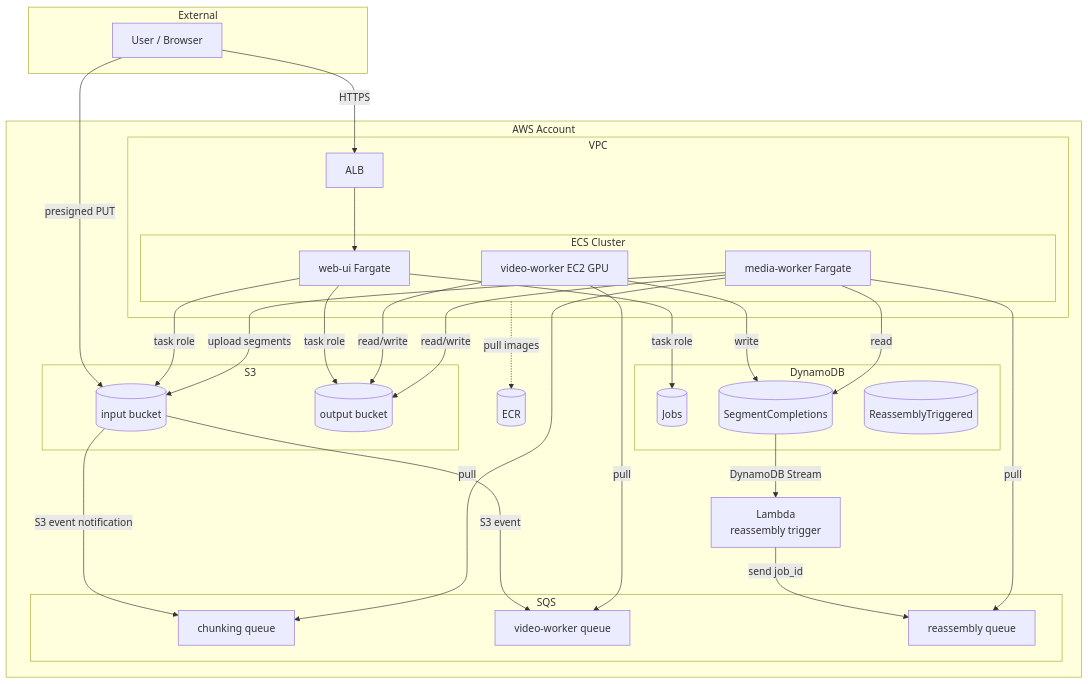
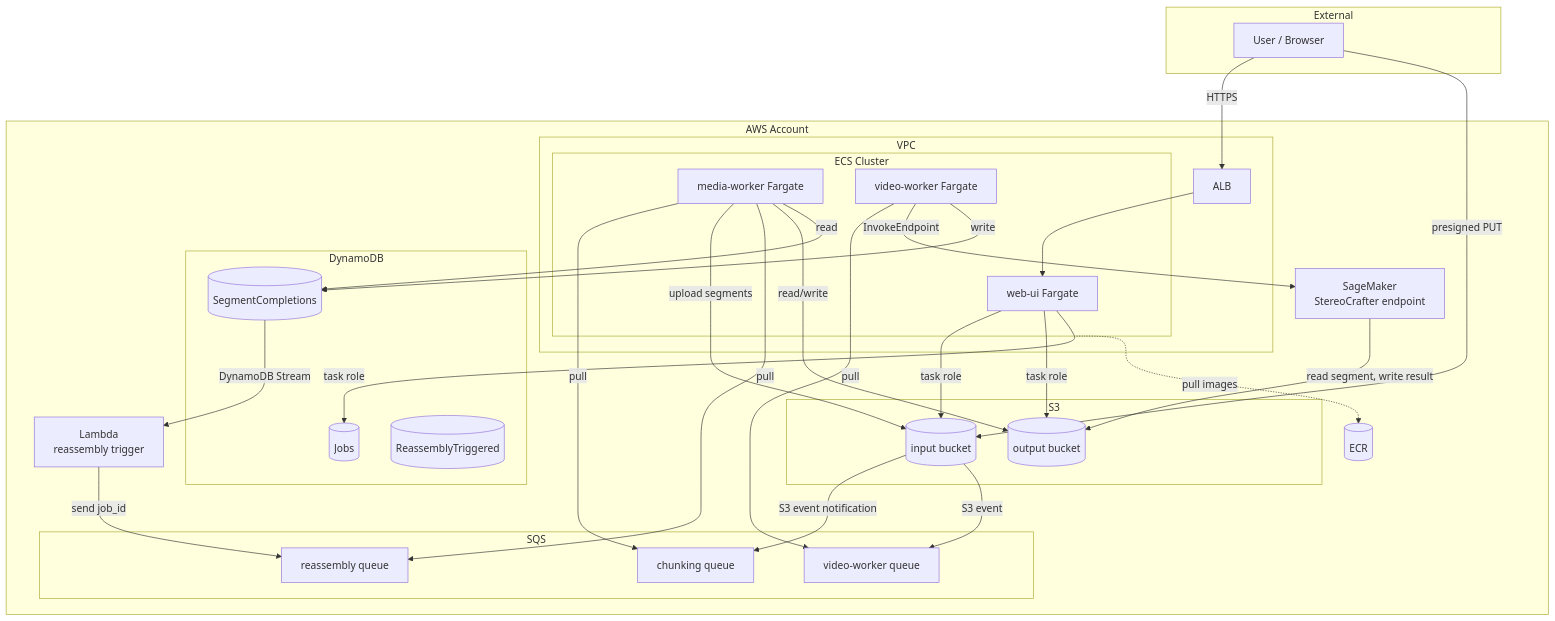
Before and after one commit to alexpialetski/stereo-spot: the second of 7 diagrams in ARCHITECTURE.md, drawn with Mermaid. The commit also changed other lines of this file and 21 other files, not shown here.

First line of the commit message:
feat(aws): add SageMaker StereoCrafter endpoint and video-worker client

````diff
--- a/ARCHITECTURE.md
+++ b/ARCHITECTURE.md
@@ -88,57 +89,60 @@
 ```mermaid
 flowchart TB
     subgraph External
         User[User / Browser]
     end
 
     subgraph AWS["AWS Account"]
         subgraph VPC["VPC"]
             ALB[ALB]
             subgraph ECS["ECS Cluster"]
                 WebUI[web-ui Fargate]
                 MediaW[media-worker Fargate]
-                VideoW[video-worker EC2 GPU]
+                VideoW[video-worker Fargate]
             end
         end
+
+        SageMaker[SageMaker\nStereoCrafter endpoint]
+        ECR[(ECR)]
 
         subgraph Storage["S3"]
             InputBucket[(input bucket)]
             OutputBucket[(output bucket)]
         end
 
         subgraph Queues["SQS"]
             ChunkQ[chunking queue]
             VideoQ[video-worker queue]
             ReassQ[reassembly queue]
         end
 
         subgraph DB["DynamoDB"]
             Jobs[(Jobs)]
             SegCompl[(SegmentCompletions)]
             ReassTrig[(ReassemblyTriggered)]
         end
 
         Lambda[Lambda\nreassembly trigger]
-        ECR[(ECR)]
     end
 
     User -->|HTTPS| ALB
     ALB --> WebUI
     User -->|presigned PUT| InputBucket
     WebUI -->|task role| InputBucket
     WebUI -->|task role| OutputBucket
     WebUI -->|task role| Jobs
     InputBucket -->|S3 event notification| ChunkQ
     MediaW -->|pull| ChunkQ
     MediaW -->|upload segments| InputBucket
     InputBucket -->|S3 event| VideoQ
     VideoW -->|pull| VideoQ
-    VideoW -->|read/write| OutputBucket
+    VideoW -->|InvokeEndpoint| SageMaker
+    SageMaker -->|read segment, write result| OutputBucket
     VideoW -->|write| SegCompl
     SegCompl -->|DynamoDB Stream| Lambda
     Lambda -->|send job_id| ReassQ
     MediaW -->|pull| ReassQ
     MediaW -->|read/write| OutputBucket
     MediaW -->|read| SegCompl
     ECS -.->|pull images| ECR
 ```
````
